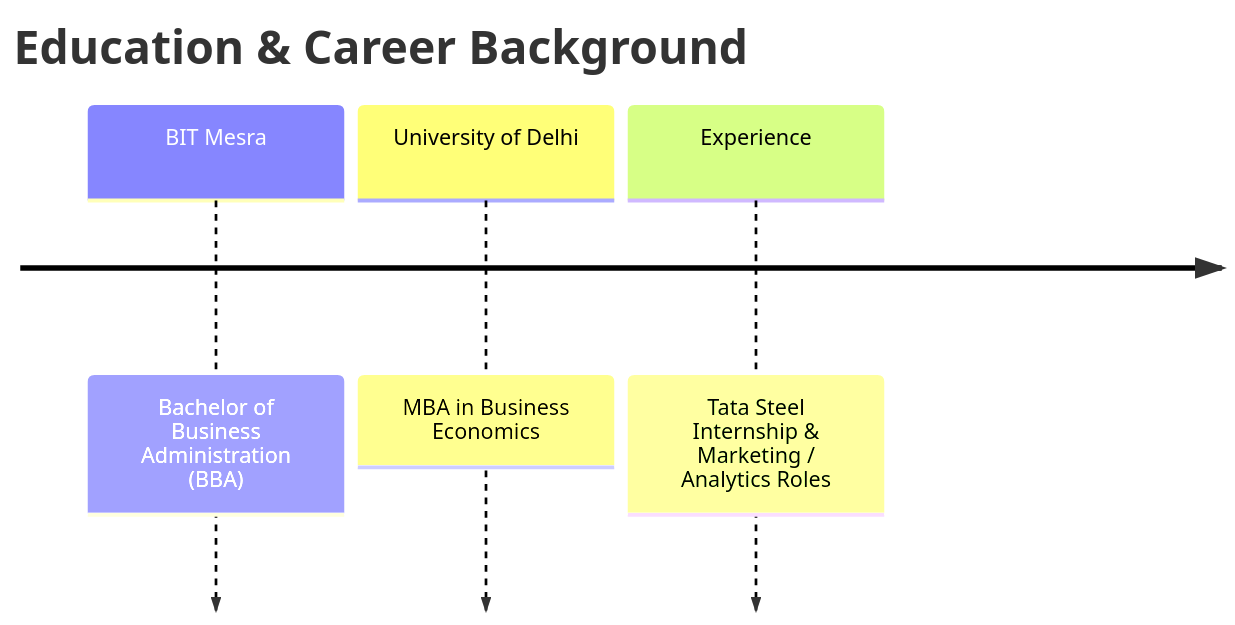
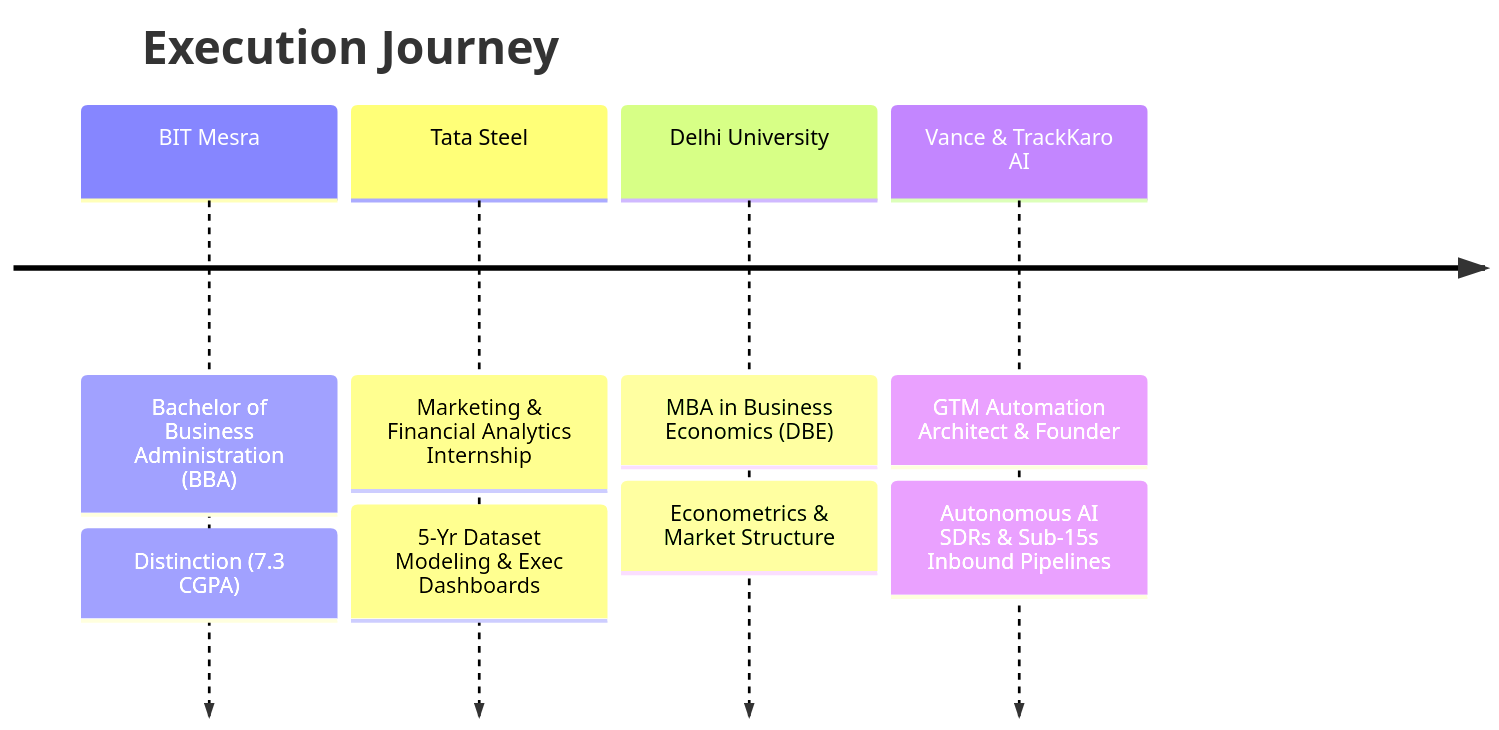
The second of 2 diagrams in README.md (mangalbuilds/portfolio), drawn with Mermaid before and after one commit. The commit also changed other lines of this file and 2 other files, not shown here.

Commit message:
refactor(positioning): elevate portfolio to AI PM and GTM Automation Architect with raw builder thesis and architecture telemetry

````diff
--- a/README.md
+++ b/README.md
@@ -50,7 +80,8 @@
 ```mermaid
 timeline
-    title Education & Career Background
-    BIT Mesra : Bachelor of Business Administration (BBA)
-    University of Delhi : MBA in Business Economics
-    Experience : Tata Steel Internship & Marketing / Analytics Roles
+    title Execution Journey
+    BIT Mesra : Bachelor of Business Administration (BBA) : Distinction (7.3 CGPA)
+    Tata Steel : Marketing & Financial Analytics Internship : 5-Yr Dataset Modeling & Exec Dashboards
+    Delhi University : MBA in Business Economics (DBE) : Econometrics & Market Structure
+    Vance & TrackKaro AI : GTM Automation Architect & Founder : Autonomous AI SDRs & Sub-15s Inbound Pipelines
 ```
````
